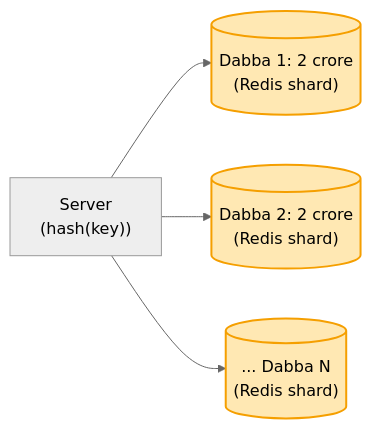
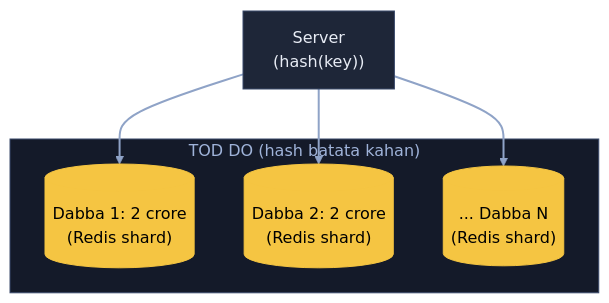
One commit to ArpanMaheshwari144/Prep changed the third of 7 diagrams in 04_HLD/SYSTEM_DESIGNS/10_distributed_cache/10_distributed_cache.md. Above: the diagram before and after it, drawn with Mermaid (neutral theme). The commit also changed other lines of this file, not shown here.

Commit message:
Cache: 7 diagram YouTube (reel) wale card andaaz me

````diff
--- a/04_HLD/SYSTEM_DESIGNS/10_distributed_cache/10_distributed_cache.md
+++ b/04_HLD/SYSTEM_DESIGNS/10_distributed_cache/10_distributed_cache.md
@@ -70,9 +91,18 @@
 ```mermaid
-flowchart LR
-    S["Server<br/>(hash(key))"] --> M1[("Dabba 1: 2 crore<br/>(Redis shard)")]
-    S --> M2[("Dabba 2: 2 crore<br/>(Redis shard)")]
-    S --> MN[("... Dabba N<br/>(Redis shard)")]
-    style M1 fill:#ffe8b3,stroke:#f59f00,stroke-width:2px,color:#000
-    style M2 fill:#ffe8b3,stroke:#f59f00,stroke-width:2px,color:#000
-    style MN fill:#ffe8b3,stroke:#f59f00,stroke-width:2px,color:#000
+flowchart TB
+    S["Server<br/>(hash(key))"]:::card
+    subgraph TD["TOD DO (hash batata kahan)"]
+        M1[("Dabba 1: 2 crore<br/>(Redis shard)")]:::pill
+        M2[("Dabba 2: 2 crore<br/>(Redis shard)")]:::pill
+        MN[("... Dabba N<br/>(Redis shard)")]:::pill
+    end
+    S --> M1
+    S --> M2
+    S --> MN
+    linkStyle default stroke:#8fa3c7,stroke-width:2px
+    classDef card fill:#1e2638,stroke:#3a4a6b,color:#e8ecf5
+    classDef pill fill:#f5c542,stroke:#f5c542,color:#000
+    classDef good fill:#2e7d4f,stroke:#3fbf6f,color:#fff
+    classDef bad fill:#5c1f24,stroke:#e05561,color:#fff
+    style TD fill:#141a29,stroke:#3a4a6b,color:#9fb3d9
 ```
````
